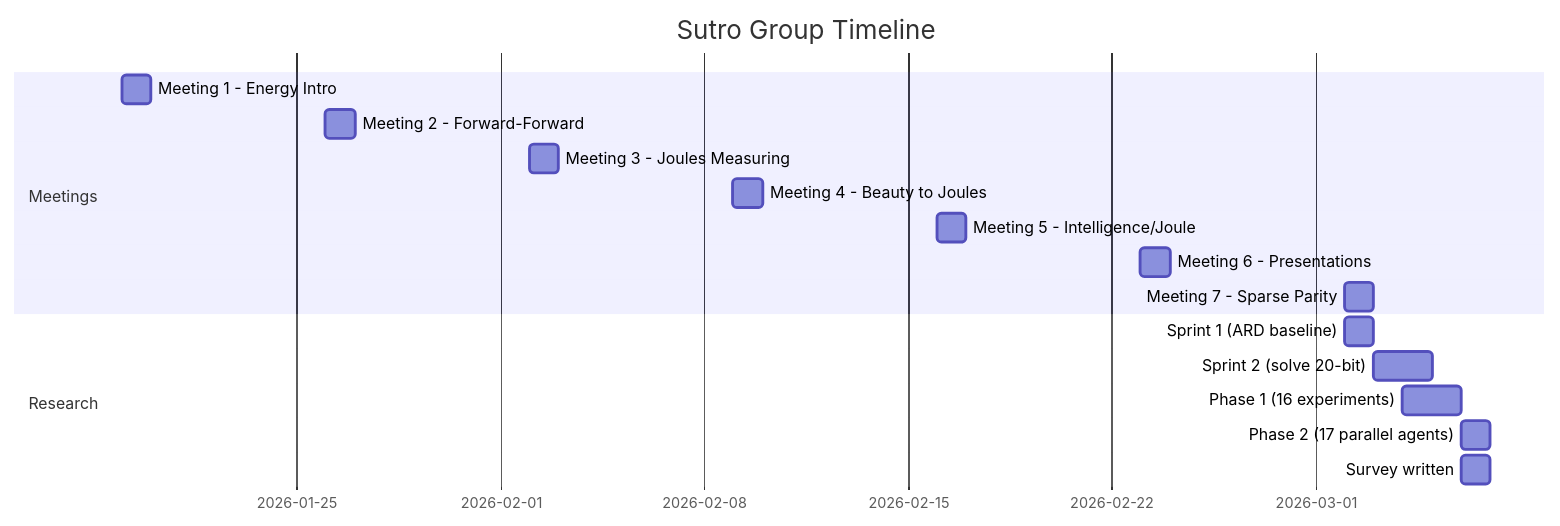
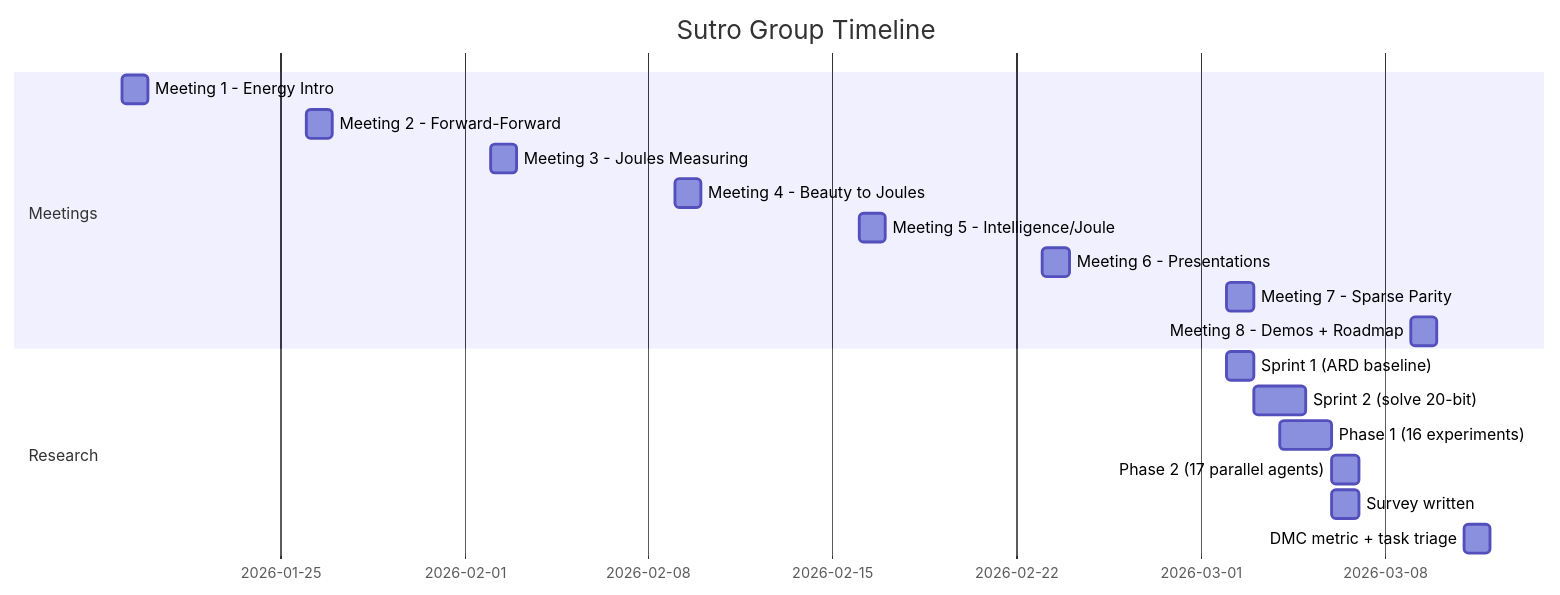
One commit to cybertronai/SutroYaro changed the diagram in docs/context.md. Above: the diagram before and after it, drawn with Mermaid. The commit also changed other lines of this file and 2 other files, not shown here.

First line of the commit message:
Session findings report, roadmap in context, updated people

````diff
--- a/docs/context.md
+++ b/docs/context.md
@@ -35,19 +45,21 @@
 ```mermaid
 gantt
     title Sutro Group Timeline
     dateFormat YYYY-MM-DD
     section Meetings
     Meeting 1 - Energy Intro          :m1, 2026-01-19, 1d
     Meeting 2 - Forward-Forward       :m2, 2026-01-26, 1d
     Meeting 3 - Joules Measuring      :m3, 2026-02-02, 1d
     Meeting 4 - Beauty to Joules      :m4, 2026-02-09, 1d
     Meeting 5 - Intelligence/Joule    :m5, 2026-02-16, 1d
     Meeting 6 - Presentations         :m6, 2026-02-23, 1d
     Meeting 7 - Sparse Parity         :m7, 2026-03-02, 1d
+    Meeting 8 - Demos + Roadmap       :m8, 2026-03-09, 1d
     section Research
     Sprint 1 (ARD baseline)           :s1, 2026-03-02, 1d
     Sprint 2 (solve 20-bit)           :s2, 2026-03-03, 2d
     Phase 1 (16 experiments)          :p1, 2026-03-04, 2d
     Phase 2 (17 parallel agents)      :p2, 2026-03-06, 1d
     Survey written                    :sv, 2026-03-06, 1d
+    DMC metric + task triage          :dm, 2026-03-11, 1d
 ```
````
